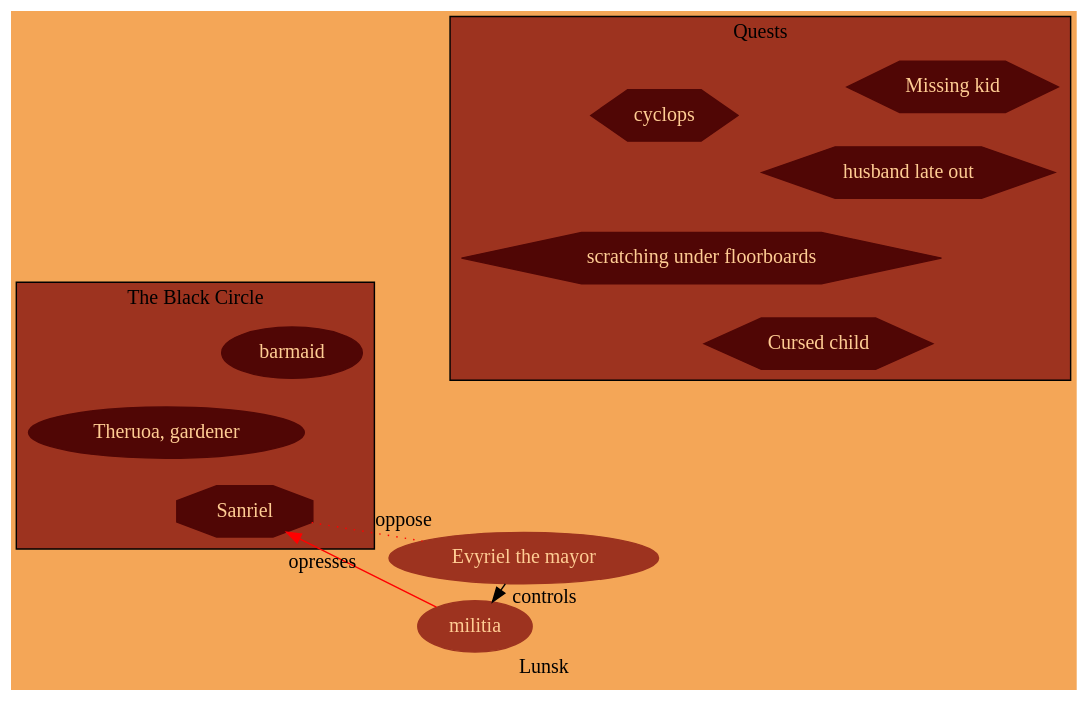
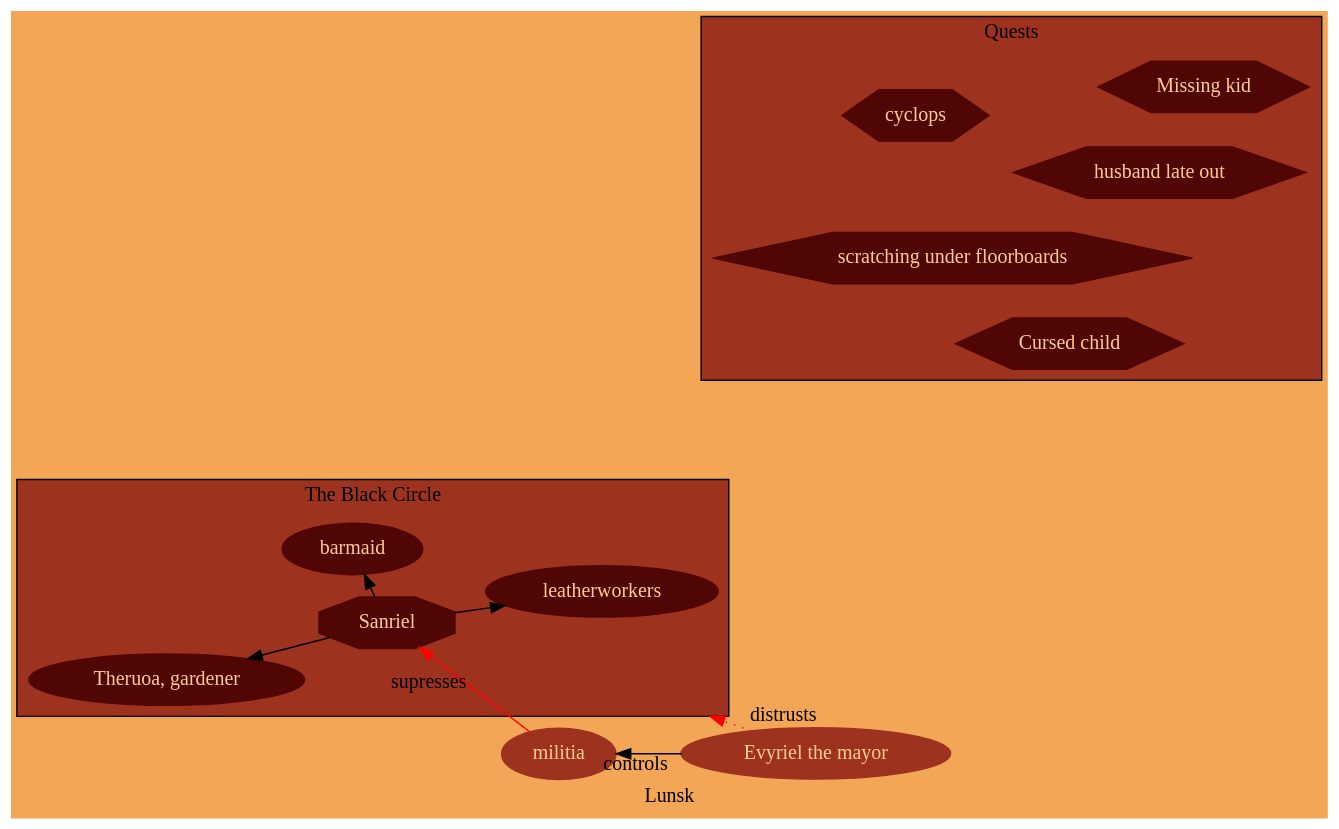
The diagram in Etharis/lunsk.gv (lupus117/dnd-notes), drawn with Graphviz before and after one commit. The commit also changed 7 other files, not shown here.

```diff
--- a/Etharis/lunsk.gv
+++ b/Etharis/lunsk.gv
@@ -1,38 +1,40 @@
 digraph Lansk {
 layout=fdp
 label = "Lunsk"
 bgcolor="#f4a657"
 node [style = filled, color="#9d331f", fontcolor="#ffcd94"];
+
 
 mayor [label = "Evyriel the mayor"]
 
 	subgraph cluster0 {
 	node [style = filled, color="#500605", fontcolor="#ffcd94"];
 	bgcolor="#9d331f"
 	label = "The Black Circle";
 	
-	sanriel [shape="polygon",sides=8; label = "Sanriel"] 
 	barmaid
 	gardener [label="Theruoa, gardener"];	
+	sanriel [shape="polygon",sides=8; label = "Sanriel"] 
+	leatherworkers 
 
-
+	{rank="same" leatherworkers gardener barmaid}
+	sanriel ->  {leatherworkers, gardener, barmaid}
 	}
 
 	subgraph cluster1 { 
 	node [shape="polygon", sides=6,style = filled, color="#500605", fontcolor="#ffcd94"];
 	bgcolor="#9d331f"
 	label="Quests"
 
 	"Missing kid"
 	hubby [label="husband late out"]
 	scratch [label="scratching under floorboards"]
 	cyclops
 	"Cursed child"
 	}
 
 
 mayor -> militia [label="controls"];
-	militia -> sanriel [label="opresses", color="red"];
-sanriel -> mayor [color="red", arrowhead=none, label="oppose", style="dotted"];
-
+militia -> {sanriel} [label="supresses", color="red"];
+mayor -> cluster0 [color="red", label="distrusts", style="dotted"];
 }
```
